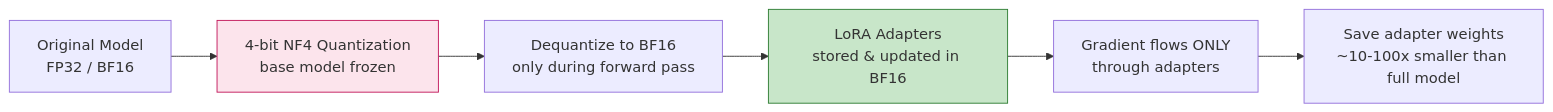
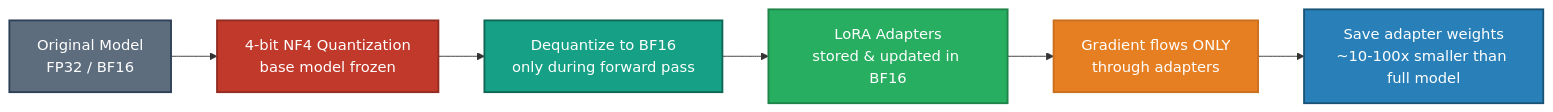
One commit to GyanendraChaubey/AI-Engineering-Notes changed the ninth of 24 diagrams in docs/17-interview-questions/topic_deep_dive_rag.md. Above: the diagram before and after it, drawn with Mermaid. The commit also changed other lines of this file and 74 other files, not shown here.

First line of the commit message:
refactor: split company_wise_interviews.md into 72 individual interview files + fix mermaid colors

````diff
--- a/docs/17-interview-questions/topic_deep_dive_rag.md
+++ b/docs/17-interview-questions/topic_deep_dive_rag.md
@@ -401,11 +451,15 @@
 ```mermaid
 flowchart LR
     A[Original Model\nFP32 / BF16] --> B[4-bit NF4 Quantization\nbase model frozen]
     B --> C[Dequantize to BF16\nonly during forward pass]
     C --> D[LoRA Adapters\nstored & updated in BF16]
     D --> E[Gradient flows ONLY\nthrough adapters]
     E --> F[Save adapter weights\n~10-100x smaller than full model]
 
-    style B fill:#fce4ec,stroke:#c2185b
-    style D fill:#c8e6c9,stroke:#2e7d32
+    style A fill:#5D6D7E,stroke:#2E4057,stroke-width:2px,color:#FFFFFF
+    style B fill:#C0392B,stroke:#922B21,stroke-width:2px,color:#FFFFFF
+    style C fill:#16A085,stroke:#0E6655,stroke-width:2px,color:#FFFFFF
+    style D fill:#27AE60,stroke:#1E8449,stroke-width:2px,color:#FFFFFF
+    style E fill:#E67E22,stroke:#CA6F1E,stroke-width:2px,color:#FFFFFF
+    style F fill:#2980B9,stroke:#1A5276,stroke-width:2px,color:#FFFFFF
 ```
````
